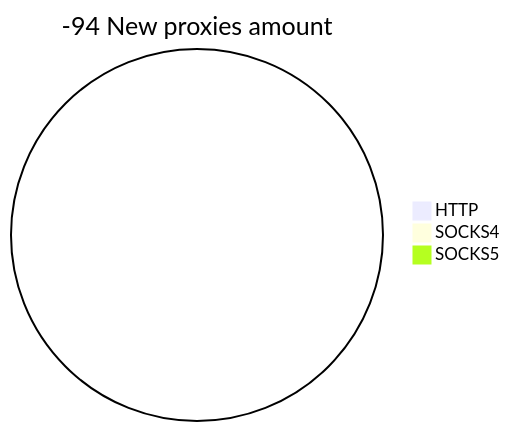
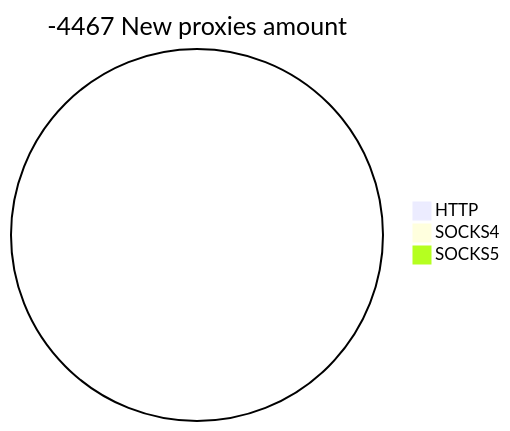
One commit to cutipu/proxylist changed the second of 2 diagrams in README.md. Above: the diagram before and after it, drawn with Mermaid. The commit also changed other lines of this file, not shown here.

````diff
--- a/README.md
+++ b/README.md
@@ -10,6 +10,6 @@
 ```mermaid
-pie title -94 New proxies amount
+pie title -4467 New proxies amount
     "HTTP" : 0
     "SOCKS4" : 0
     "SOCKS5" : 0
 ```
````
